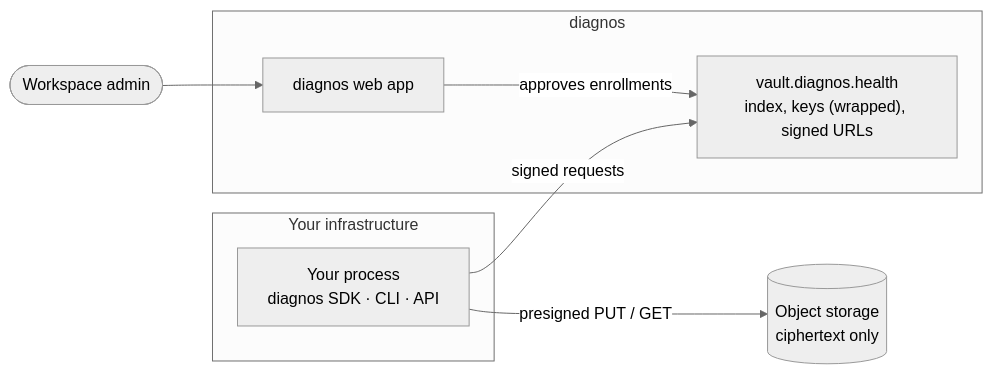
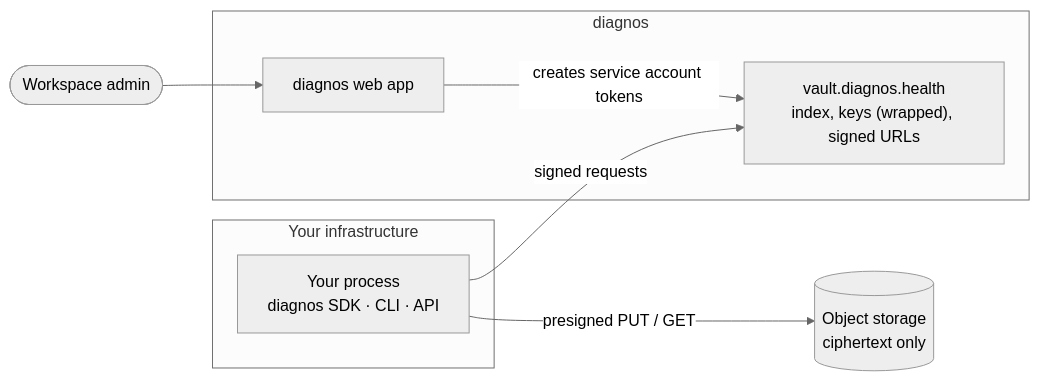
Before and after one commit to diagnos-tech/integration: the first of 2 diagrams in docs/guides/concepts.md, drawn with Mermaid (neutral theme). The commit also changed other lines of this file and 47 other files, not shown here.

````diff
--- a/docs/guides/concepts.md
+++ b/docs/guides/concepts.md
@@ -10,17 +10,17 @@
 ```mermaid
 flowchart LR
     subgraph yours["Your infrastructure"]
         P["Your process<br/>diagnos SDK · CLI · API"]
     end
     subgraph diagnos["diagnos"]
         V["vault.diagnos.health<br/>index, keys (wrapped), signed URLs"]
         W["diagnos web app"]
     end
     R2[("Object storage<br/>ciphertext only")]
     A(["Workspace admin"])
 
     P -- "signed requests" --> V
     P -- "presigned PUT / GET" --> R2
     A --> W
-    W -- "approves enrollments" --> V
+    W -- "creates service account tokens" --> V
 ```
````
